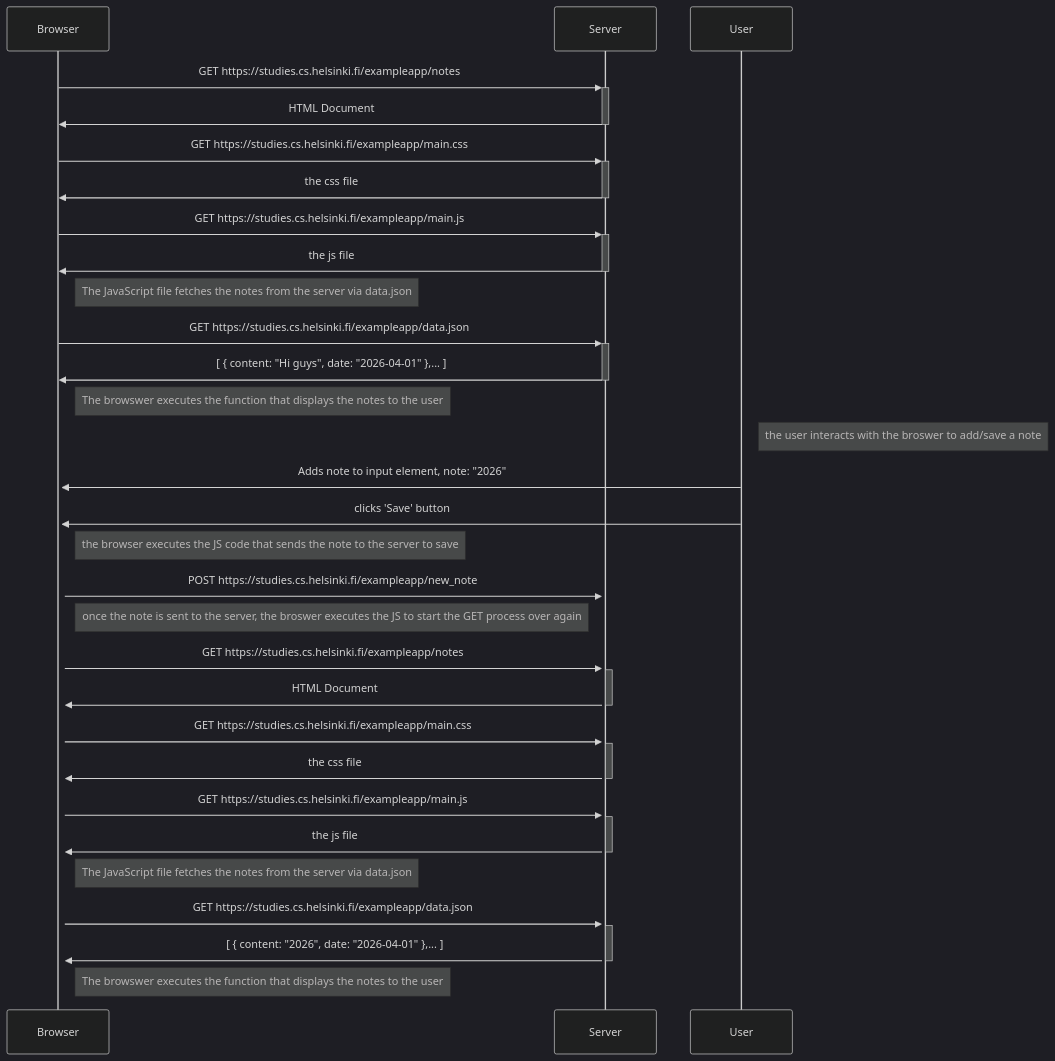
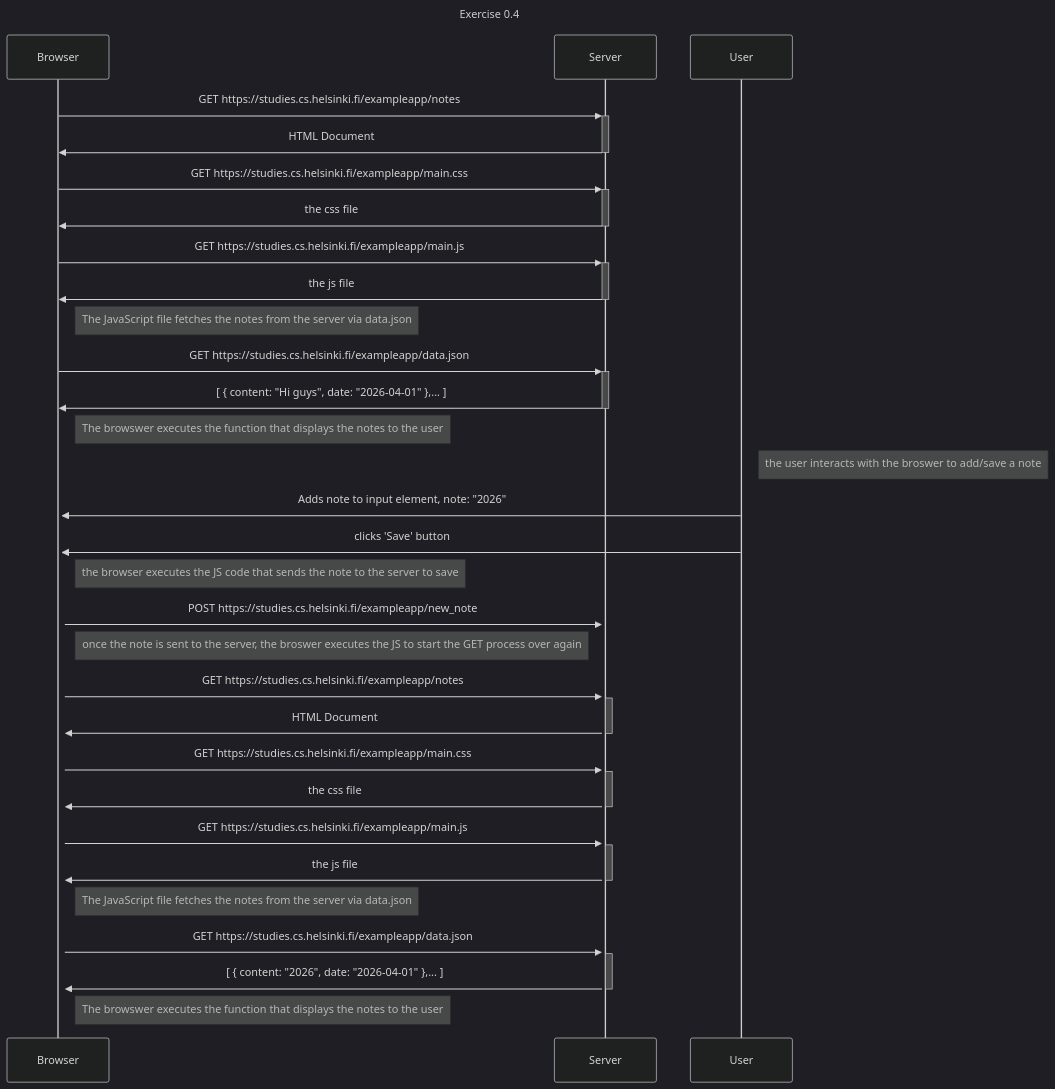
The diagram in part0/0.4.mmd (arinarjani/fullstackopen-2026), drawn with Mermaid before and after one commit. The commit also changed 1 other file, not shown here.

Commit message:
added exercise 0.6

```diff
--- a/part0/0.4.mmd
+++ b/part0/0.4.mmd
@@ -1,55 +1,56 @@
 ---
+title: Exercise 0.4
 config:
   theme: dark
 ---
 
 %% depicting the situation where the user creates a new note on the 
 %% page https://studies.cs.helsinki.fi/exampleapp/notes by writing 
 %% something into the text field and clicking the Save button.
 
 sequenceDiagram
     participant B as Browser
     participant S as Server
     participant U as User
 
     B->>+S: GET https://studies.cs.helsinki.fi/exampleapp/notes
     S->>-B: HTML Document
    
    B->>+S: GET https://studies.cs.helsinki.fi/exampleapp/main.css
    S->>-B: the css file 
 
    B->>+S: GET https://studies.cs.helsinki.fi/exampleapp/main.js
    S->>-B: the js file 
 
    Note right of B: The JavaScript file fetches the notes from the server via data.json
 
    B->>+S: GET https://studies.cs.helsinki.fi/exampleapp/data.json
    S->>-B: [ {  content: "Hi guys", date: "2026-04-01" },... ] 
 
    Note right of B: The browswer executes the function that displays the notes to the user
 
    note right of U: the user interacts with the broswer to add/save a note
 
     U->>+B: Adds note to input element, note:  "2026"
     U->>+B: clicks 'Save' button
 
     note right of B: the browser executes the JS code that sends the note to the server to save
 
     B->>+S: POST https://studies.cs.helsinki.fi/exampleapp/new_note
     note right of B: once the note is sent to the server, the broswer executes the JS to start the GET process over again
     
     B->>+S: GET https://studies.cs.helsinki.fi/exampleapp/notes
     S->>-B: HTML Document
    
    B->>+S: GET https://studies.cs.helsinki.fi/exampleapp/main.css
    S->>-B: the css file 
 
    B->>+S: GET https://studies.cs.helsinki.fi/exampleapp/main.js
    S->>-B: the js file 
 
    Note right of B: The JavaScript file fetches the notes from the server via data.json
 
    B->>+S: GET https://studies.cs.helsinki.fi/exampleapp/data.json
    S->>-B: [ {  content: "2026", date: "2026-04-01" },... ] 
 
    Note right of B: The browswer executes the function that displays the notes to the user
```
